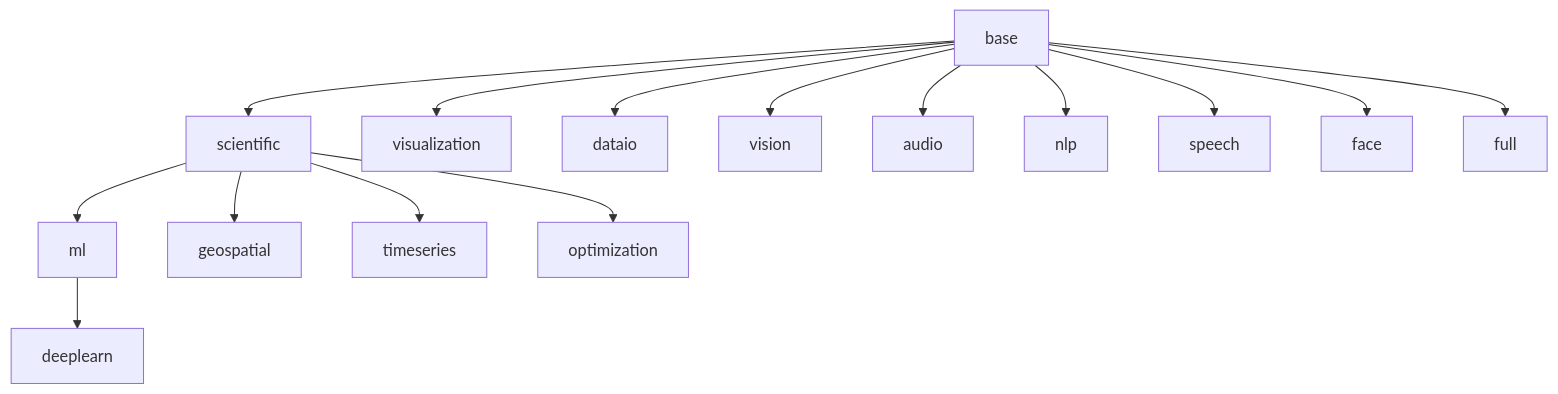
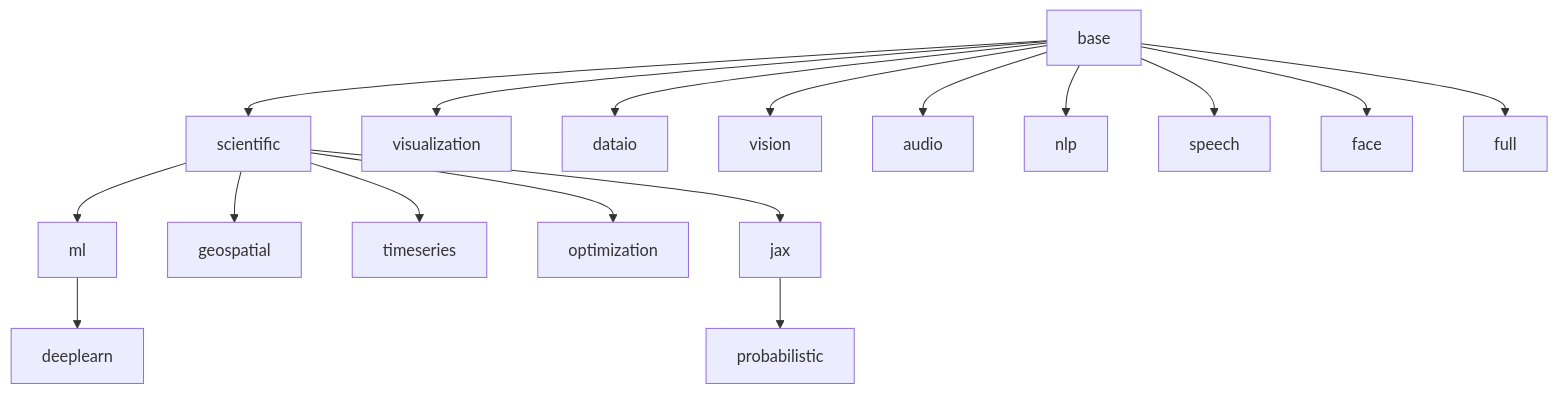
The first of 2 diagrams in docs/concepts/architecture.md (wlame/jupyter-docker), drawn with Mermaid before and after one commit. The commit also changed other lines of this file and 29 other files, not shown here.

Commit message:
Add a jax image and a probabilistic image built on it.

````diff
--- a/docs/concepts/architecture.md
+++ b/docs/concepts/architecture.md
@@ -56,18 +56,20 @@
 ```mermaid
 flowchart TD
     base[base]
     base --> scientific[scientific]
     base --> visualization[visualization]
     base --> dataio[dataio]
     base --> vision[vision]
     base --> audio[audio]
     base --> nlp[nlp]
     base --> speech[speech]
     base --> face[face]
     base --> full[full]
     scientific --> ml[ml]
     scientific --> geospatial[geospatial]
     scientific --> timeseries[timeseries]
     scientific --> optimization[optimization]
+    scientific --> jax[jax]
+    jax --> probabilistic[probabilistic]
     ml --> deeplearn[deeplearn]
 ```
````
